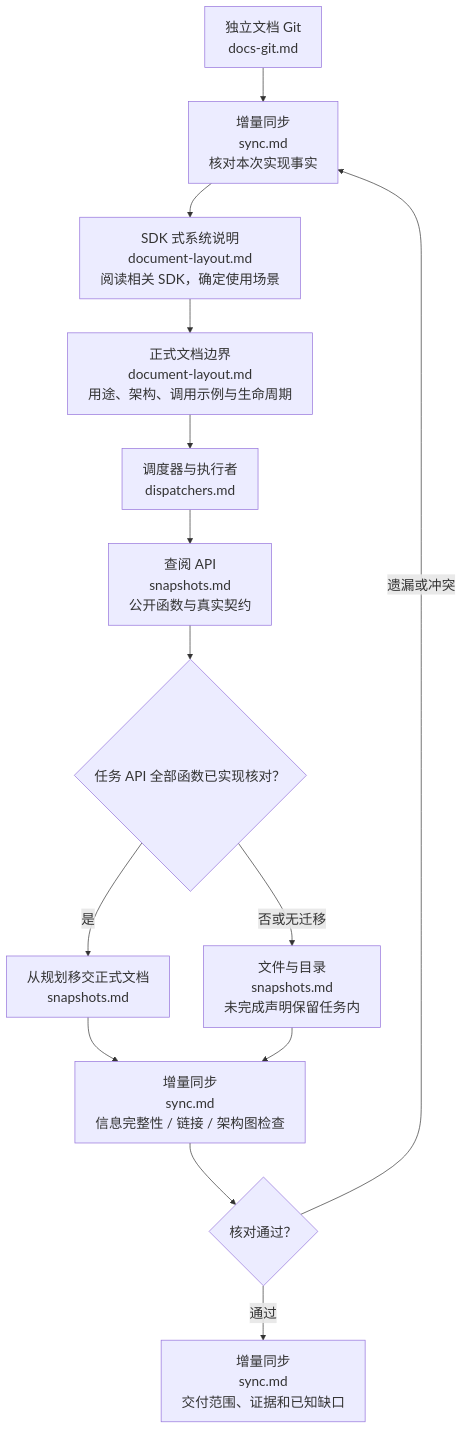
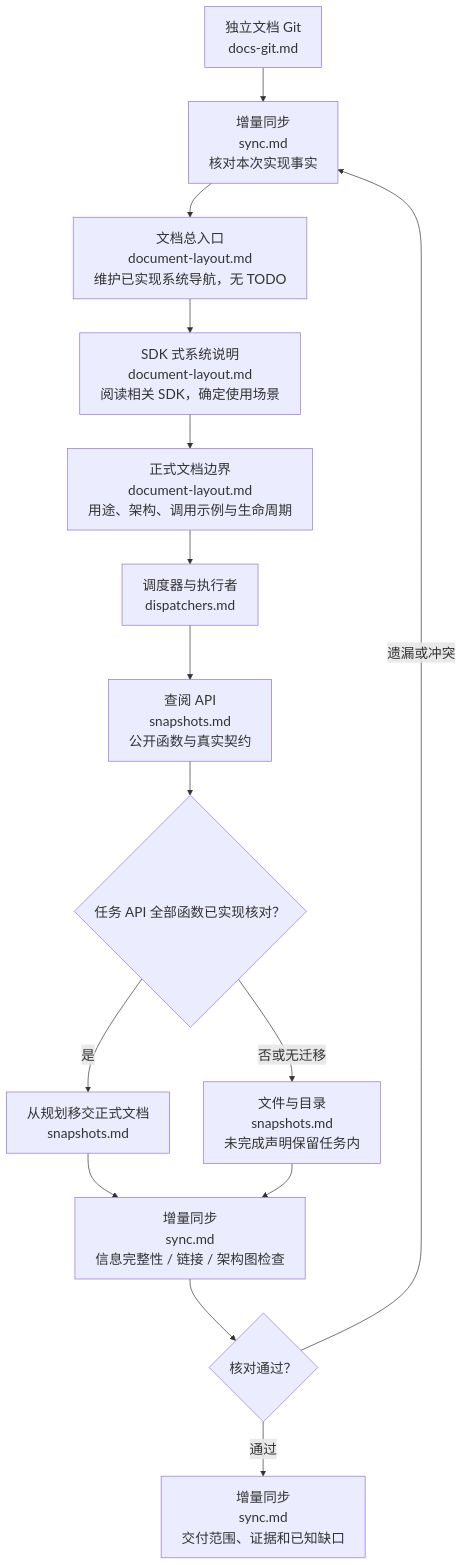
Before and after one commit to 229196637/game-development-skills: the second of 2 diagrams in game-system-development-documentation/SKILL.md, drawn with Mermaid. The commit also changed other lines of this file and 24 other files, not shown here.

````diff
--- a/game-system-development-documentation/SKILL.md
+++ b/game-system-development-documentation/SKILL.md
@@ -49,27 +49,29 @@
 ```mermaid
 %%{init: {"themeVariables": {"fontSize": "20px"}, "flowchart": {"wrappingWidth": 360}}}%%
 flowchart TD
   Git["独立文档 Git<br/>docs-git.md"] --> Facts["增量同步<br/>sync.md<br/>核对本次实现事实"]
-  Facts --> Style["SDK 式系统说明<br/>document-layout.md<br/>阅读相关 SDK，确定使用场景"]
+  Facts --> Index["文档总入口<br/>document-layout.md<br/>维护已实现系统导航，无 TODO"]
+  Index --> Style["SDK 式系统说明<br/>document-layout.md<br/>阅读相关 SDK，确定使用场景"]
   Style --> Body["正式文档边界<br/>document-layout.md<br/>用途、架构、调用示例与生命周期"]
   Body --> Dispatch["调度器与执行者<br/>dispatchers.md"]
   Dispatch --> Api["查阅 API<br/>snapshots.md<br/>公开函数与真实契约"]
   Api --> Move{"任务 API 全部函数已实现核对？"}
   Move -->|是| Handoff["从规划移交正式文档<br/>snapshots.md"]
   Move -->|否或无迁移| Keep["文件与目录<br/>snapshots.md<br/>未完成声明保留任务内"]
   Handoff --> Verify["增量同步<br/>sync.md<br/>信息完整性 / 链接 / 架构图检查"]
   Keep --> Verify
   Verify --> Pass{"核对通过？"}
   Pass -->|遗漏或冲突| Facts
   Pass -->|通过| Deliver["增量同步<br/>sync.md<br/>交付范围、证据和已知缺口"]
   click Git "references/contracts/docs-git.md"
   click Facts "references/workflows/sync.md"
+  click Index "references/contracts/document-layout.md#文档总入口"
   click Style "references/contracts/document-layout.md#sdk-式系统说明"
   click Body "references/contracts/document-layout.md"
   click Dispatch "references/workflows/dispatchers.md"
   click Api "references/api/snapshots.md"
   click Handoff "references/api/snapshots.md#从规划移交正式文档"
   click Keep "references/api/snapshots.md#文件与目录"
   click Verify "references/workflows/sync.md"
   click Deliver "references/workflows/sync.md"
 ```
````
